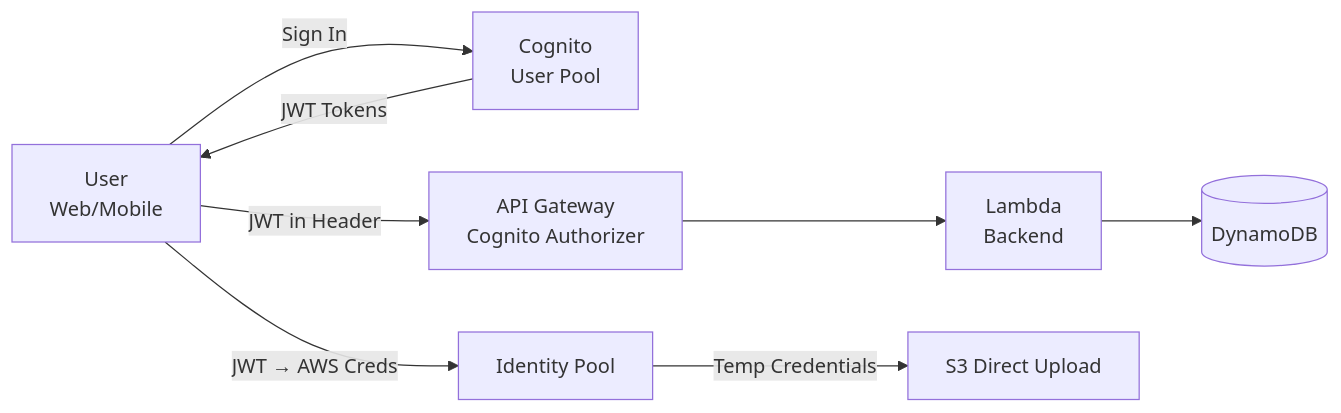
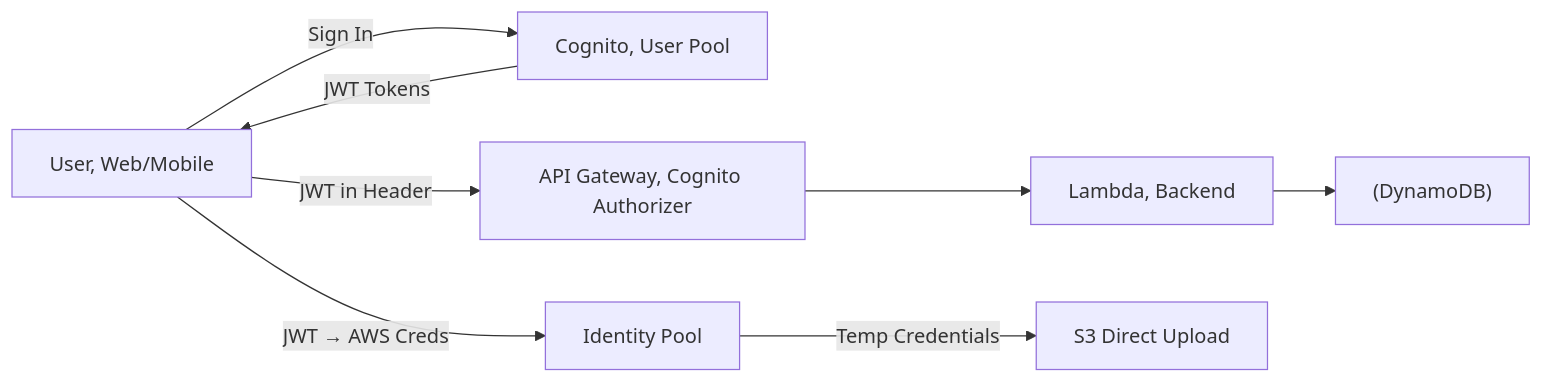
The diagram in Chapter_11_Amazon_Cognito.md (DeeptiShuklaProject/Uday_AWS), drawn with Mermaid before and after one commit. The commit also changed 34 other files, not shown here.

Commit message:
Fix mermaid diagrams syntax across all chapters (quote labels and remove HTML)

````diff
--- a/Chapter_11_Amazon_Cognito.md
+++ b/Chapter_11_Amazon_Cognito.md
@@ -155,11 +155,11 @@
 ```mermaid
 flowchart LR
-    User[User<br>Web/Mobile] -->|Sign In| Cognito[Cognito<br>User Pool]
+    User["User, Web/Mobile"] -->|Sign In| Cognito["Cognito, User Pool"]
     Cognito -->|JWT Tokens| User
-    User -->|JWT in Header| APIGW[API Gateway<br>Cognito Authorizer]
-    APIGW --> Lambda[Lambda<br>Backend]
-    Lambda --> DDB[(DynamoDB)]
+    User -->|JWT in Header| APIGW["API Gateway, Cognito Authorizer"]
+    APIGW --> Lambda["Lambda, Backend"]
+    Lambda --> DDB["(DynamoDB)"]
     
     User -->|JWT → AWS Creds| IdPool[Identity Pool]
     IdPool -->|Temp Credentials| S3[S3 Direct Upload]
 ```
````
